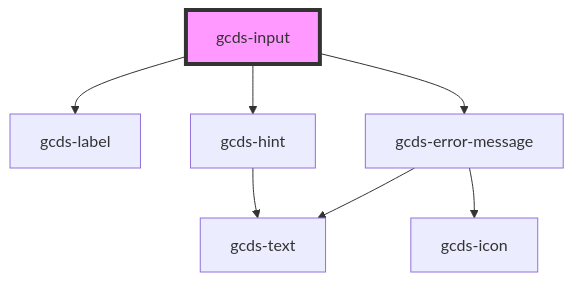
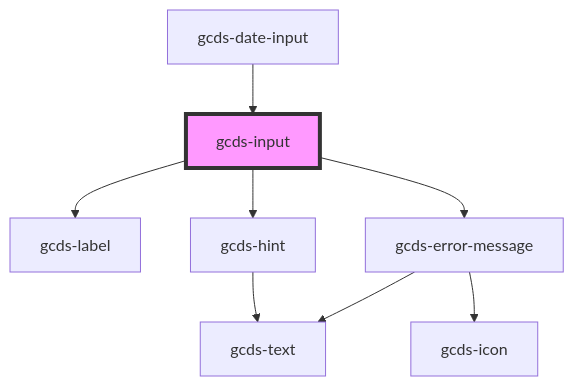
One commit to cds-snc/gcds-components changed the diagram in packages/web/src/components/gcds-input/readme.md. Above: the diagram before and after it, drawn with Mermaid. The commit also changed other lines of this file and 34 other files, not shown here.

First line of the commit message:
feat: Add gcds-date-input component (#607)

````diff
--- a/packages/web/src/components/gcds-input/readme.md
+++ b/packages/web/src/components/gcds-input/readme.md
@@ -62,10 +66,11 @@
 ```mermaid
 graph TD;
   gcds-input --> gcds-label
   gcds-input --> gcds-hint
   gcds-input --> gcds-error-message
   gcds-hint --> gcds-text
   gcds-error-message --> gcds-text
   gcds-error-message --> gcds-icon
+  gcds-date-input --> gcds-input
   style gcds-input fill:#f9f,stroke:#333,stroke-width:4px
 ```
````
